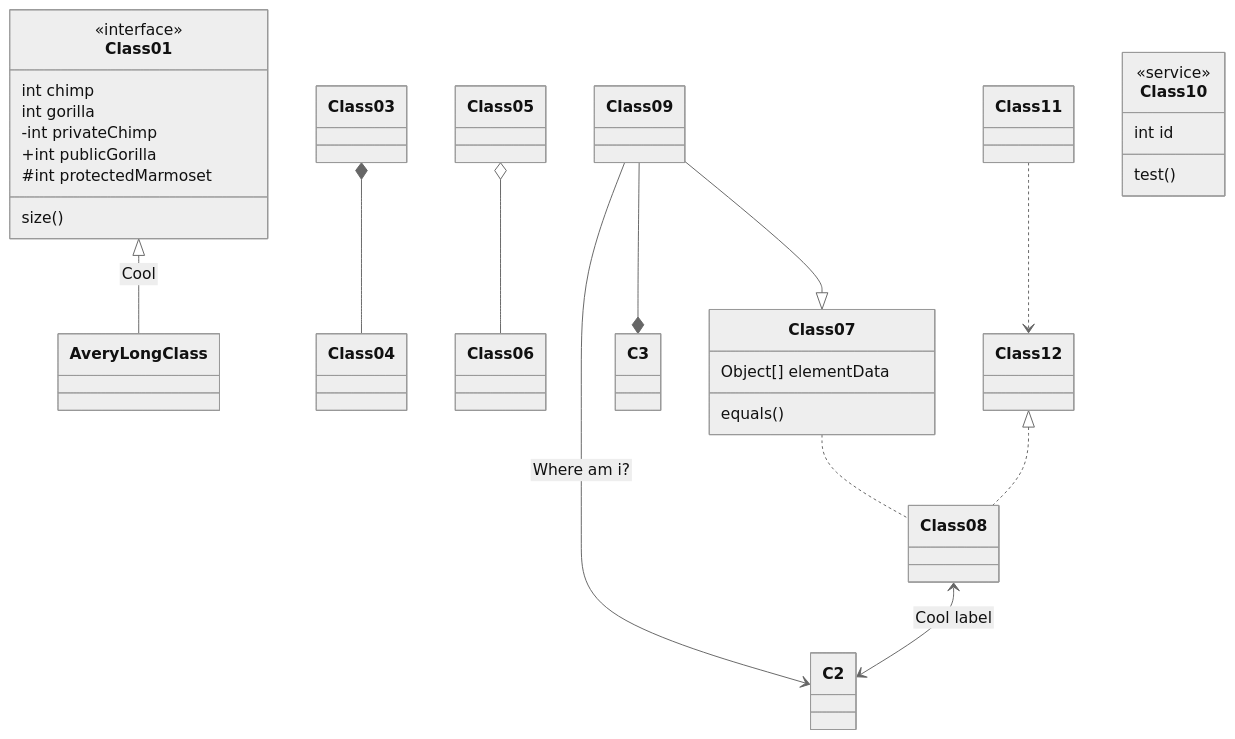
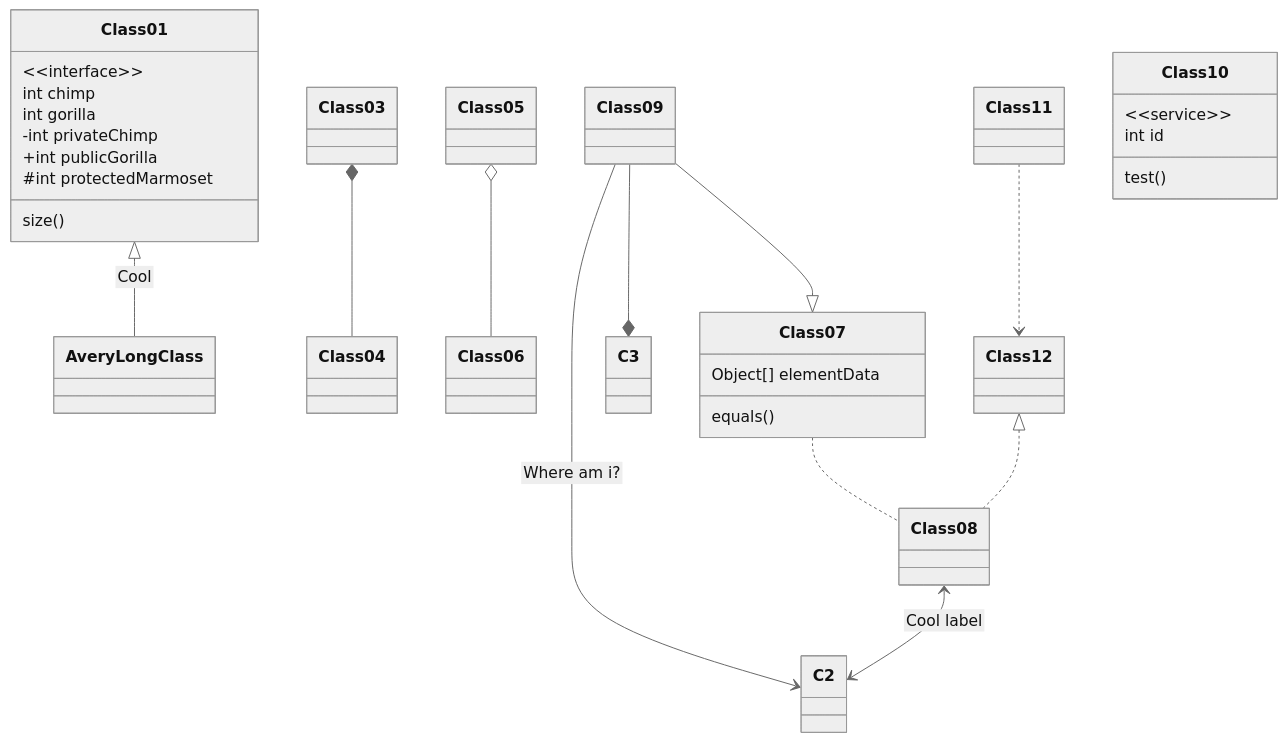
The diagram in e2e/diagrams/class-diagram/pr/dagre-1-1-should-render-a-simple-class-diagram-without-htmllabels.mmd (pbrolin47/mermaid-pbrolin47), drawn with Mermaid (neutral theme) before and after one commit. The commit also changed 8 other files, not shown here.

```diff
--- a/e2e/diagrams/class-diagram/pr/dagre-1-1-should-render-a-simple-class-diagram-without-htmllabels.mmd
+++ b/e2e/diagrams/class-diagram/pr/dagre-1-1-should-render-a-simple-class-diagram-without-htmllabels.mmd
@@ -1,38 +1,38 @@
 ---
 description: >-
   Broad classDiagram relationship smoke test (inheritance, composition,
-  aggregation, dependency, link, realization, an `<<interface>>`
+  aggregation, dependency, link, realization, an interface
   stereotype, visibility markers, and a class body block) forced onto the
   `dagre` layout engine with a top-level `htmlLabels: false` config key.
 config:
   logLevel: 1
   htmlLabels: false
   layout: dagre
 ---
 classDiagram
   Class01 <|-- AveryLongClass : Cool
   class Class01 {
-    <<interface>>
+    &lt;&lt;interface&gt;&gt;
   }
   Class03 *-- Class04
   Class05 o-- Class06
   Class07 .. Class08
   Class09 --> C2 : Where am i?
   Class09 --* C3
   Class09 --|> Class07
   Class12 <|.. Class08
   Class11 ..>Class12
   Class07 : equals()
   Class07 : Object[] elementData
   Class01 : size()
   Class01 : int chimp
   Class01 : int gorilla
   Class01 : -int privateChimp
   Class01 : +int publicGorilla
   Class01 : #int protectedMarmoset
   Class08 <--> C2: Cool label
   class Class10 {
-  <<service>>
+  &lt;&lt;service&gt;&gt;
   int id
   test()
   }
```
